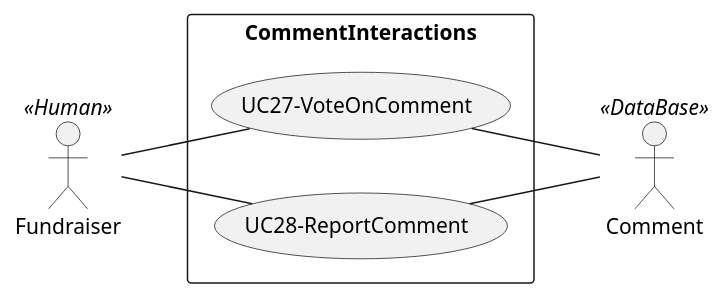
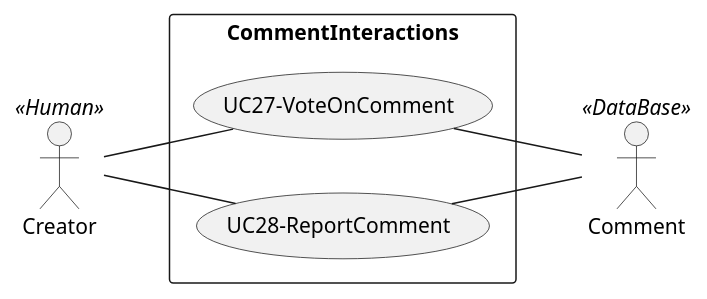
The diagram in Conception/Diagrams/plantUml/Use Cases/Comment_Interaction.puml (mlnomadpy/Sahem), drawn with PlantUML before and after one commit. The commit also changed 38 other files, not shown here.

```diff
--- a/Conception/Diagrams/plantUml/Use Cases/Comment_Interaction.puml
+++ b/Conception/Diagrams/plantUml/Use Cases/Comment_Interaction.puml
@@ -1,22 +1,22 @@
 @startuml CommentInteractions
 left to right direction
 skinparam packageStyle rectangle
-actor Fundraiser as A3 << Human >>
+actor Creator as A3 << Human >>
 actor Comment as A10 << DataBase >>
 ' actor Comment as A8 << Database >>
 
 ' usecase (UC4-ShareToSocialMedia) as UC4
 ' A1 -- (UC4)
 ' (UC4) -- A6
 
 rectangle CommentInteractions {
     usecase (UC27-VoteOnComment) as UC27
     usecase (UC28-ReportComment) as UC28
     
     (UC27) -- A10
     (UC28) -- A10
     A3 -- (UC27)
     A3 -- (UC28)
 }
 
 @enduml
```
